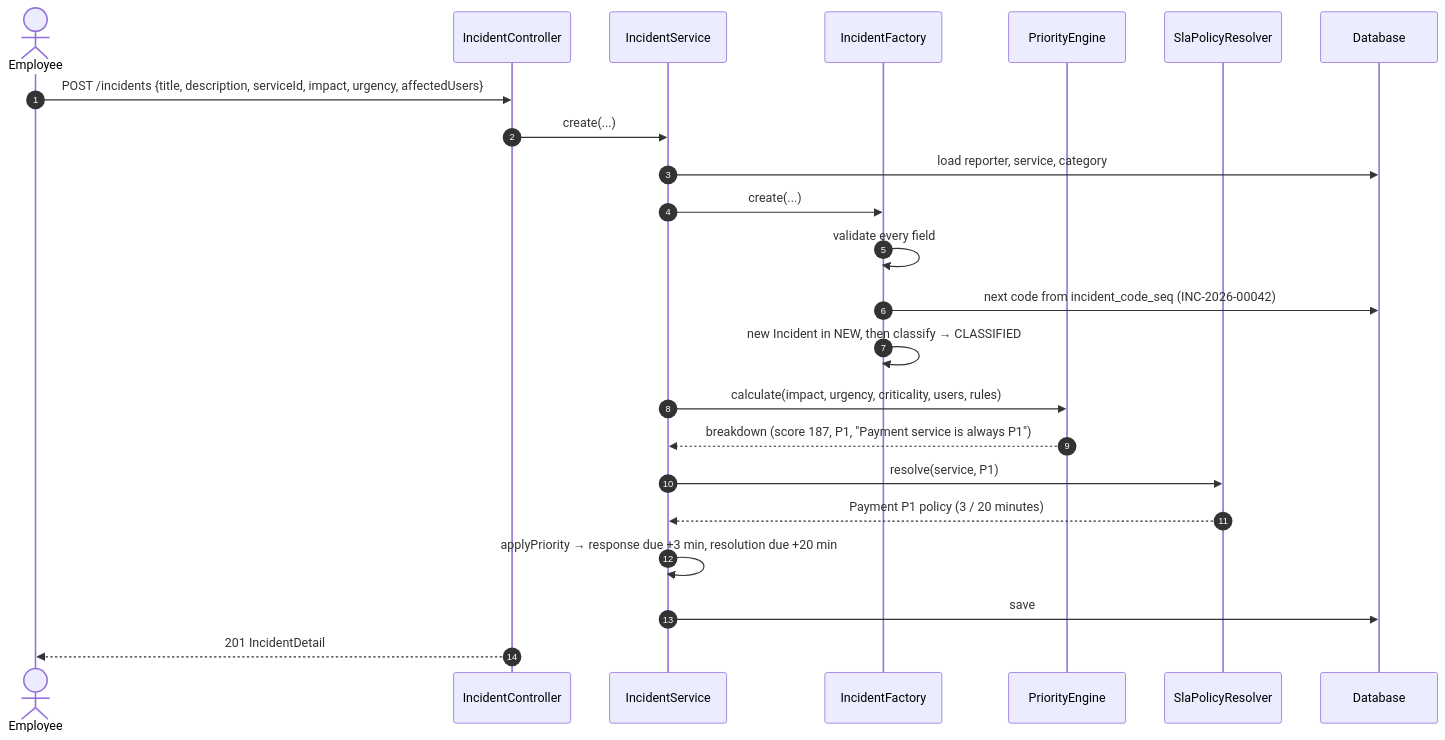
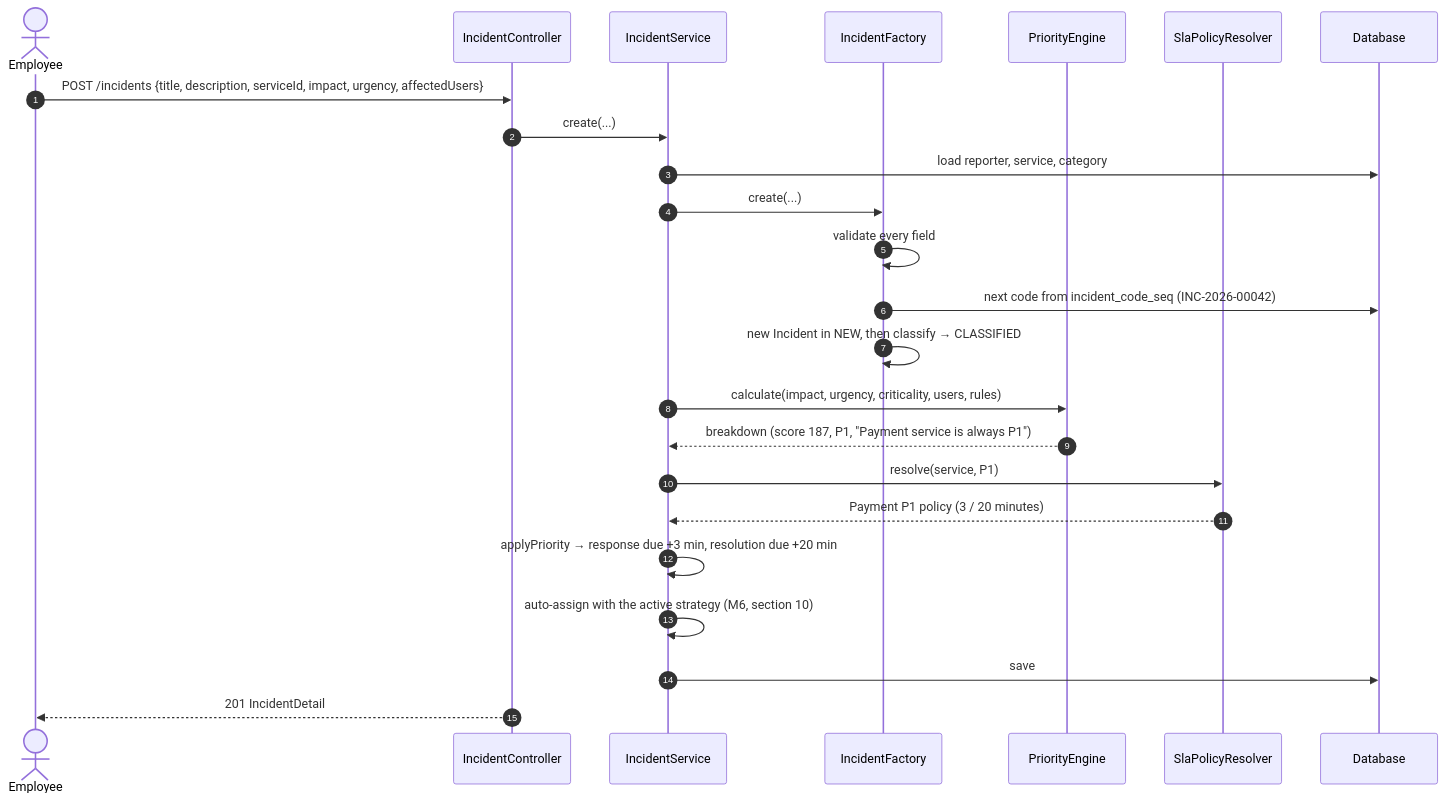
Diagram 15 of 22 in docs/SYSTEM_GUIDE.md (sanay7-devv/Frusk-OOPs-Project), drawn with Mermaid before and after one commit. The commit also changed other lines of this file and 2 other files, not shown here.

Commit message:
docs: bring roadmap, guide and decisions up to date after M6

````diff
--- a/docs/SYSTEM_GUIDE.md
+++ b/docs/SYSTEM_GUIDE.md
@@ -796,26 +796,27 @@
 ```mermaid
 sequenceDiagram
     autonumber
     actor E as Employee
     participant C as IncidentController
     participant S as IncidentService
     participant F as IncidentFactory
     participant P as PriorityEngine
     participant R as SlaPolicyResolver
     participant DB as Database
 
     E->>C: POST /incidents {title, description, serviceId, impact, urgency, affectedUsers}
     C->>S: create(...)
     S->>DB: load reporter, service, category
     S->>F: create(...)
     F->>F: validate every field
     F->>DB: next code from incident_code_seq (INC-2026-00042)
     F->>F: new Incident in NEW, then classify → CLASSIFIED
     S->>P: calculate(impact, urgency, criticality, users, rules)
     P-->>S: breakdown (score 187, P1, "Payment service is always P1")
     S->>R: resolve(service, P1)
     R-->>S: Payment P1 policy (3 / 20 minutes)
     S->>S: applyPriority → response due +3 min, resolution due +20 min
+    S->>S: auto-assign with the active strategy (M6, section 10)
     S->>DB: save
     C-->>E: 201 IncidentDetail
 ```
````
